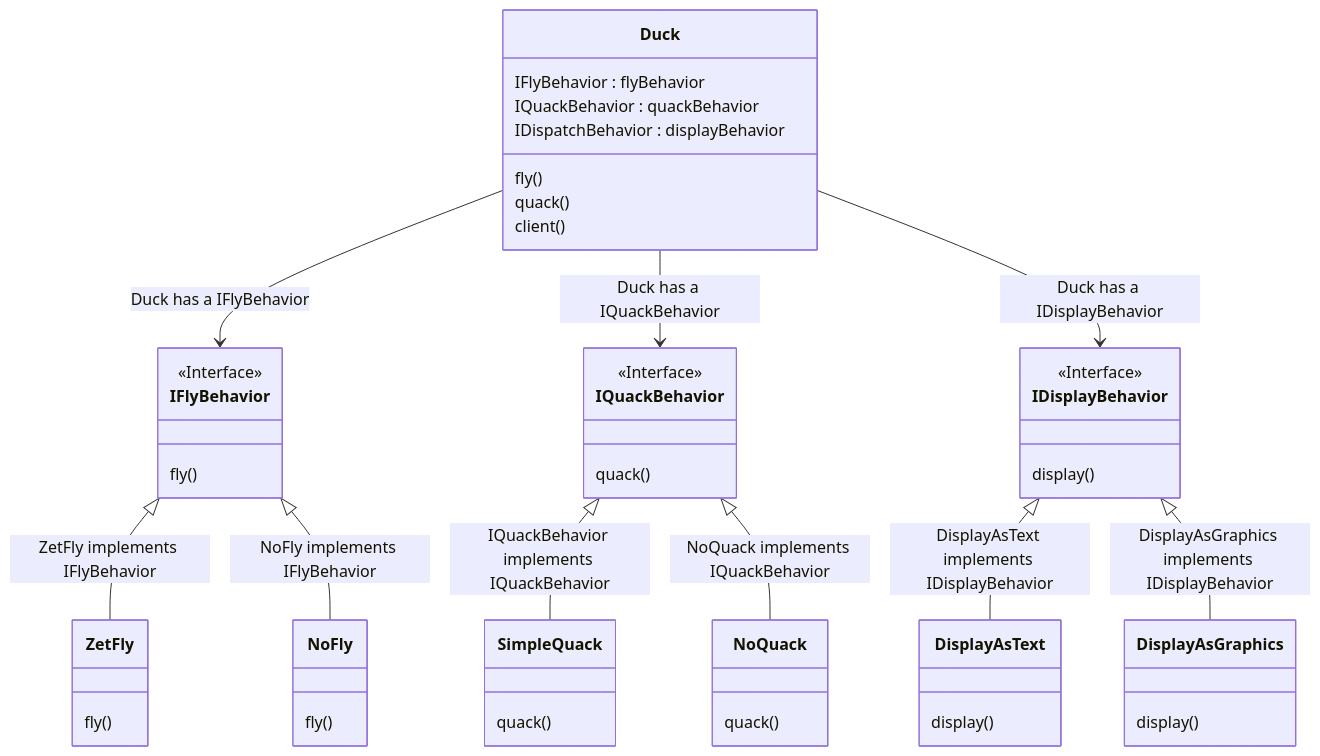
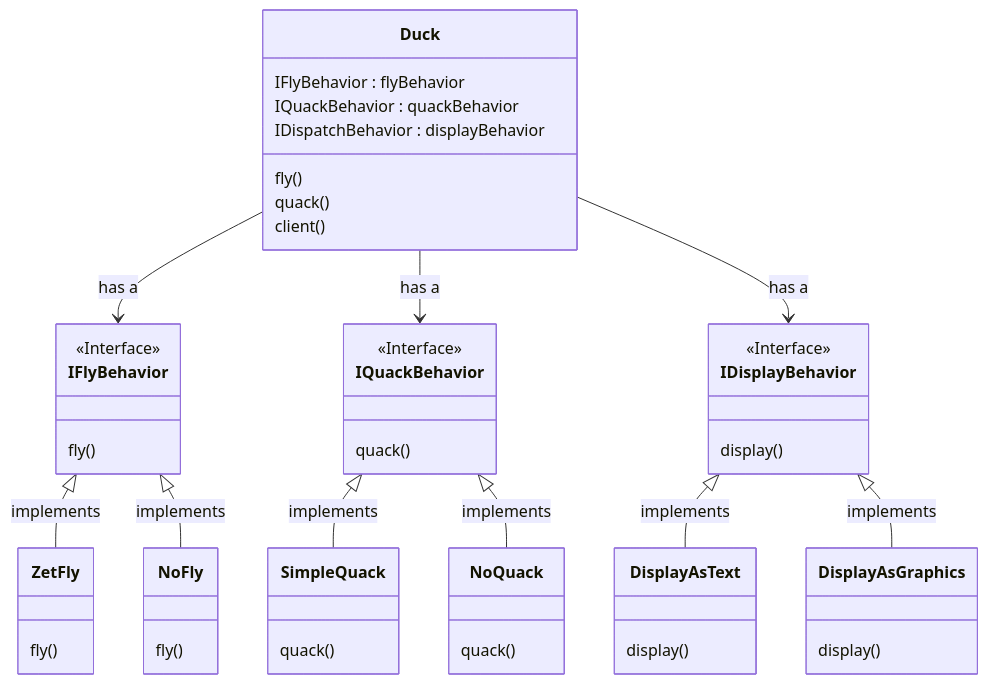
The second of 2 diagrams in DesignPattern/BehavioralDesignPatterns/02.StartegyPattern.md (heisnam-sunrose/Javascript), drawn with Mermaid before and after one commit. The commit also changed other lines of this file, not shown here.

````diff
--- a/DesignPattern/BehavioralDesignPatterns/02.StartegyPattern.md
+++ b/DesignPattern/BehavioralDesignPatterns/02.StartegyPattern.md
@@ -95,60 +95,60 @@
   ```mermaid 
     classDiagram
-    Duck --> IFlyBehavior : Duck has a IFlyBehavior
-    Duck --> IQuackBehavior : Duck has a IQuackBehavior
-    Duck --> IDisplayBehavior : Duck has a IDisplayBehavior
-    IQuackBehavior <|-- SimpleQuack : IQuackBehavior implements IQuackBehavior
-    IQuackBehavior <|-- NoQuack : NoQuack implements IQuackBehavior
-    IDisplayBehavior <|-- DisplayAsText : DisplayAsText implements IDisplayBehavior
-    IDisplayBehavior <|-- DisplayAsGraphics : DisplayAsGraphics implements IDisplayBehavior
-    IFlyBehavior <|-- ZetFly : ZetFly implements IFlyBehavior
-    IFlyBehavior <|-- NoFly : NoFly implements IFlyBehavior
+    Duck --> IFlyBehavior : has a
+    Duck --> IQuackBehavior : has a
+    Duck --> IDisplayBehavior : has a
+    IQuackBehavior <|-- SimpleQuack : implements
+    IQuackBehavior <|-- NoQuack : implements
+    IDisplayBehavior <|-- DisplayAsText : implements
+    IDisplayBehavior <|-- DisplayAsGraphics :  implements
+    IFlyBehavior <|-- ZetFly : implements
+    IFlyBehavior <|-- NoFly : implements
     
     class Duck  {
         IFlyBehavior : flyBehavior
         IQuackBehavior : quackBehavior
         IDispatchBehavior : displayBehavior
         fly()
         quack()
         client() 
     } 
 
    class IFlyBehavior
       <<Interface>> IFlyBehavior
       IFlyBehavior : fly()
 
 
       class IQuackBehavior
       <<Interface>> IQuackBehavior
       IQuackBehavior : quack()
 
       class IDisplayBehavior
       <<Interface>> IDisplayBehavior
       IDisplayBehavior : display()
 
 
       class SimpleQuack {
         quack()
       }
 
       class NoQuack {
         quack()
       }
 
       class DisplayAsText {
          display()
       }
 
       class DisplayAsGraphics {
          display() 
       }
 
       class ZetFly {
          fly()
       }
 
       class NoFly {
          fly() 
       }
   
   ```
````
